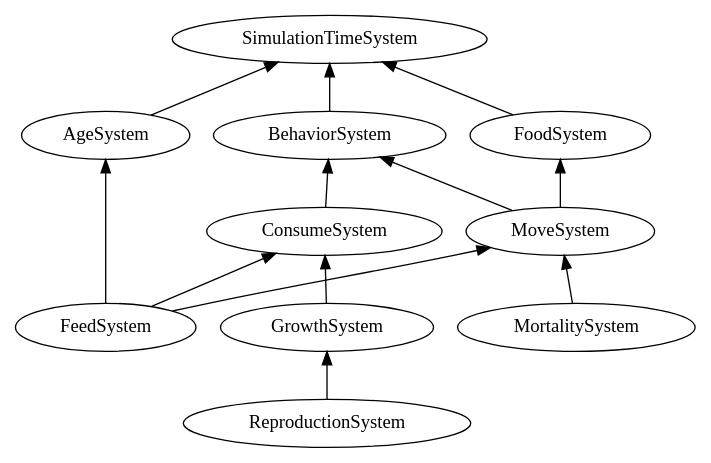
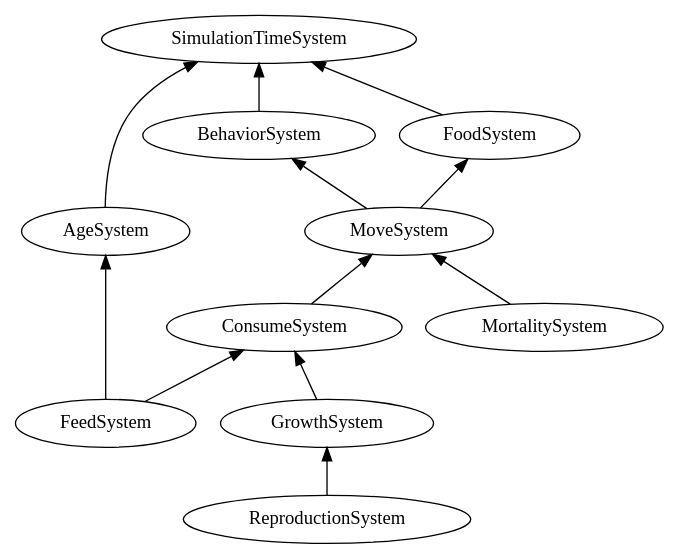
Before and after one commit to makruse/kitt_model: the diagram in doc/systems_dependency_graph.dot, drawn with Graphviz. The commit also changed 5 other files, not shown here.

```diff
--- a/doc/systems_dependency_graph.dot
+++ b/doc/systems_dependency_graph.dot
@@ -1,13 +1,14 @@
 digraph "kitt dependency graph" {
-    rankdir=BT
-    FeedSystem -> {AgeSystem ConsumeSystem MoveSystem }
-    ReproductionSystem -> {GrowthSystem }
-    MoveSystem -> {BehaviorSystem FoodSystem }
-    BehaviorSystem -> {SimulationTimeSystem }
-    ConsumeSystem -> {BehaviorSystem }
-    FoodSystem -> {SimulationTimeSystem }
-    MortalitySystem -> {MoveSystem }
-    AgeSystem -> {SimulationTimeSystem }
-    GrowthSystem -> {ConsumeSystem }
-    SimulationTimeSystem -> {}
+	graph [rankdir=BT];
+	FeedSystem -> AgeSystem;
+	FeedSystem -> ConsumeSystem;
+	AgeSystem -> SimulationTimeSystem;
+	ConsumeSystem -> MoveSystem;
+	MoveSystem -> BehaviorSystem;
+	MoveSystem -> FoodSystem;
+	ReproductionSystem -> GrowthSystem;
+	GrowthSystem -> ConsumeSystem;
+	BehaviorSystem -> SimulationTimeSystem;
+	FoodSystem -> SimulationTimeSystem;
+	MortalitySystem -> MoveSystem;
 }
```
